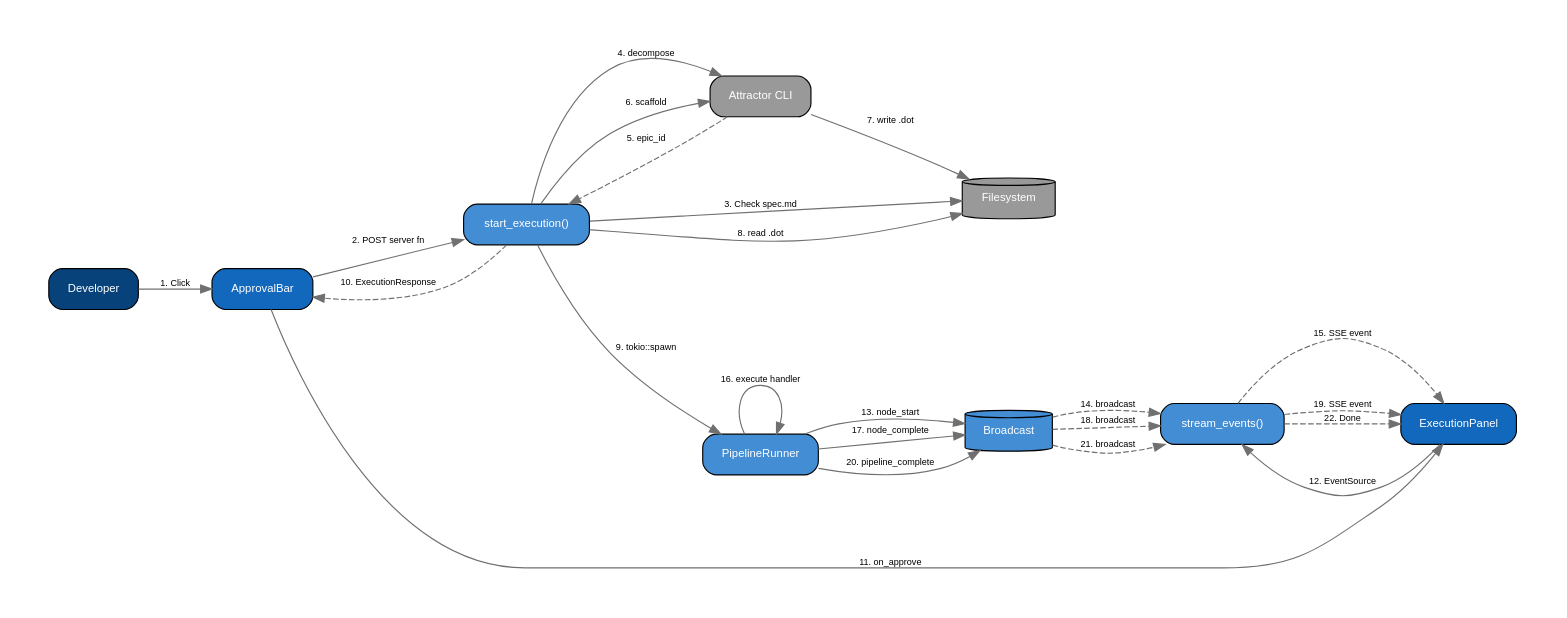
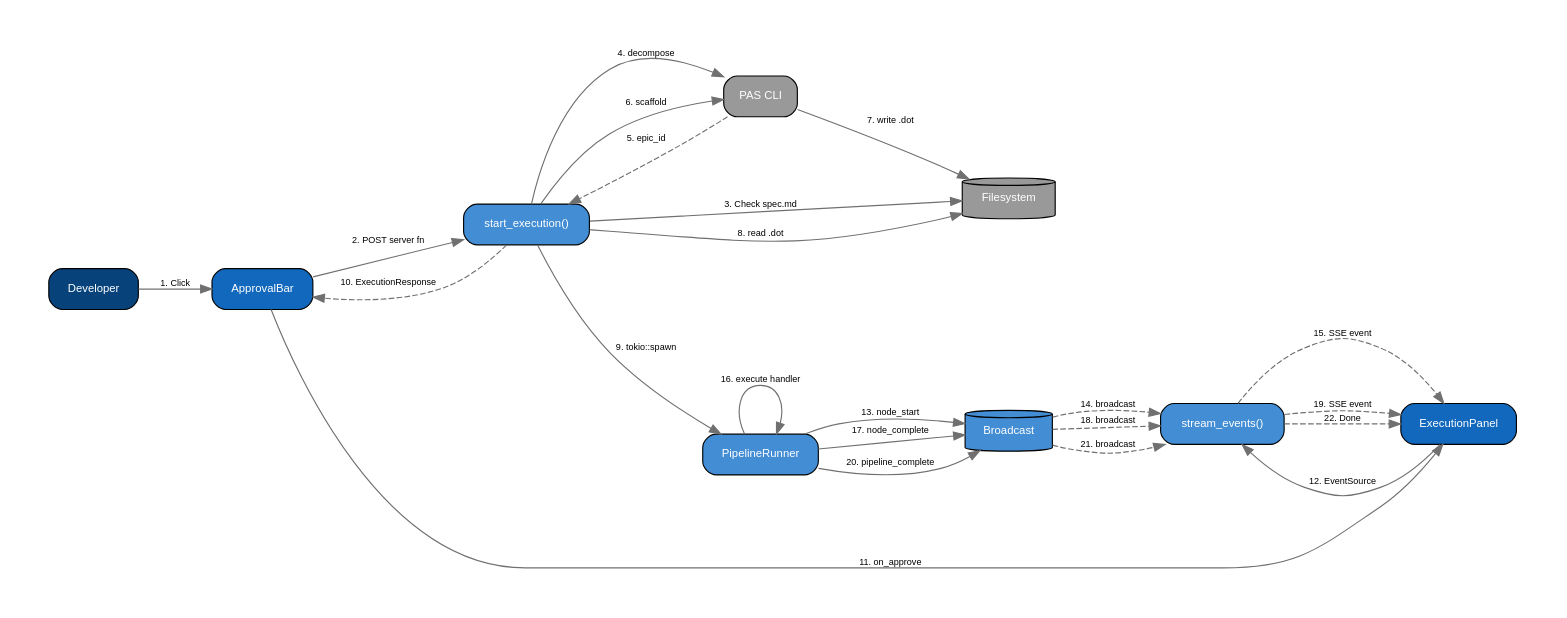
Before and after one commit to citadelgrad/connect-the-bots: the fourth of 4 diagrams in docs/accept-execute-c4-dot.md, drawn with Graphviz. The commit also changed other lines of this file and 38 other files, not shown here.

````diff
--- a/docs/accept-execute-c4-dot.md
+++ b/docs/accept-execute-c4-dot.md
@@ -143,46 +143,46 @@
 ```graphviz
 digraph Sequence {
     graph [rankdir=LR, fontname="Helvetica", fontsize=12, nodesep=0.6, ranksep=0.5, pad=0.5]
     node  [fontname="Helvetica", fontsize=10, shape=box, style="rounded,filled", fillcolor="#f0f0f0", margin="0.2,0.1"]
     edge  [fontname="Helvetica", fontsize=8, color="#707070"]
 
     // Actors / participants
     User       [label="Developer",        fillcolor="#08427b", fontcolor=white]
     AB         [label="ApprovalBar",       fillcolor="#1168bd", fontcolor=white]
     SE         [label="start_execution()", fillcolor="#438dd5", fontcolor=white]
-    CLI        [label="Attractor CLI",     fillcolor="#999999", fontcolor=white]
+    CLI        [label="PAS CLI",     fillcolor="#999999", fontcolor=white]
     FS         [label="Filesystem",        fillcolor="#999999", fontcolor=white, shape=cylinder]
     PR         [label="PipelineRunner",    fillcolor="#438dd5", fontcolor=white]
     BC         [label="Broadcast",         fillcolor="#438dd5", fontcolor=white, shape=cylinder]
     SSE        [label="stream_events()",   fillcolor="#438dd5", fontcolor=white]
     EP         [label="ExecutionPanel",    fillcolor="#1168bd", fontcolor=white]
 
     // Flow
     User -> AB  [label="1. Click"]
     AB   -> SE  [label="2. POST server fn"]
     SE   -> FS  [label="3. Check spec.md"]
     SE   -> CLI [label="4. decompose"]
     CLI  -> SE  [label="5. epic_id", style=dashed]
     SE   -> CLI [label="6. scaffold"]
     CLI  -> FS  [label="7. write .dot"]
     SE   -> FS  [label="8. read .dot"]
     SE   -> PR  [label="9. tokio::spawn"]
     SE   -> AB  [label="10. ExecutionResponse", style=dashed]
     AB   -> EP  [label="11. on_approve"]
     EP   -> SSE [label="12. EventSource"]
 
     // Pipeline loop
     PR  -> BC   [label="13. node_start"]
     BC  -> SSE  [label="14. broadcast", style=dashed]
     SSE -> EP   [label="15. SSE event", style=dashed]
     PR  -> PR   [label="16. execute handler"]
     PR  -> BC   [label="17. node_complete"]
     BC  -> SSE  [label="18. broadcast", style=dashed]
     SSE -> EP   [label="19. SSE event", style=dashed]
 
     // Completion
     PR  -> BC   [label="20. pipeline_complete"]
     BC  -> SSE  [label="21. broadcast", style=dashed]
     SSE -> EP   [label="22. Done", style=dashed]
 }
 ```
````
